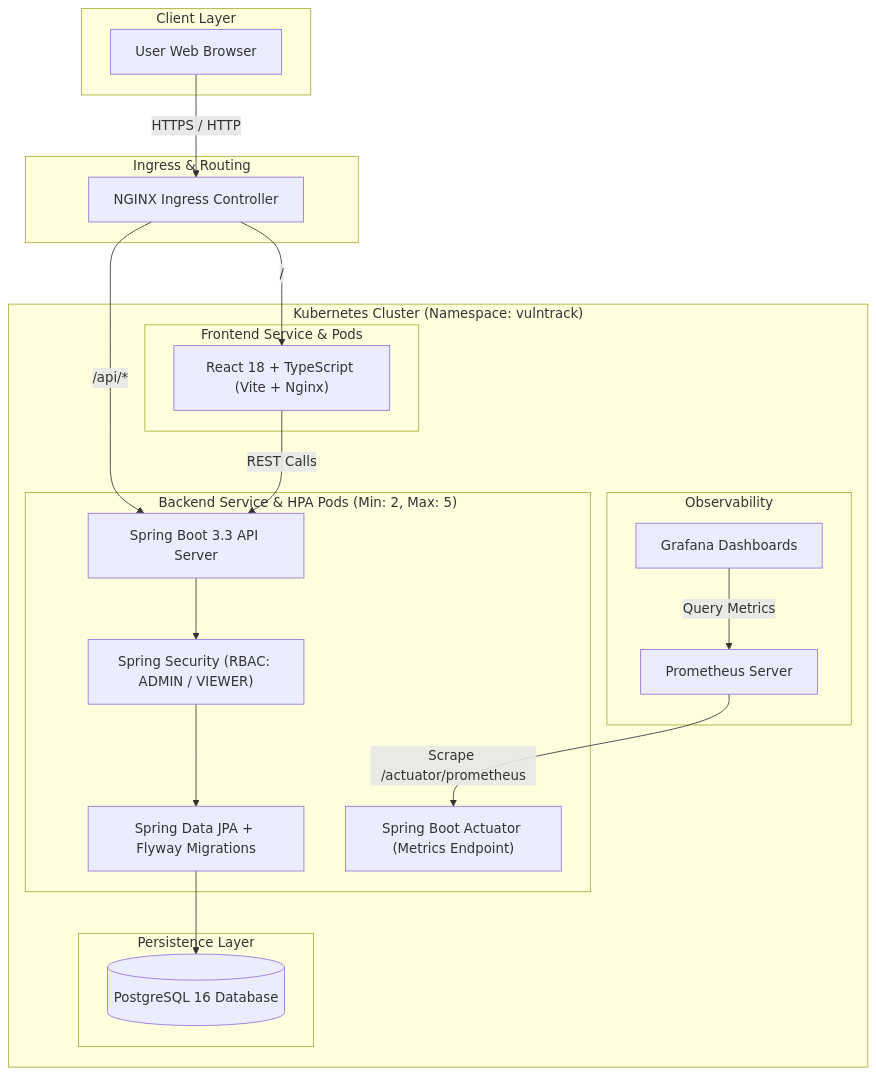
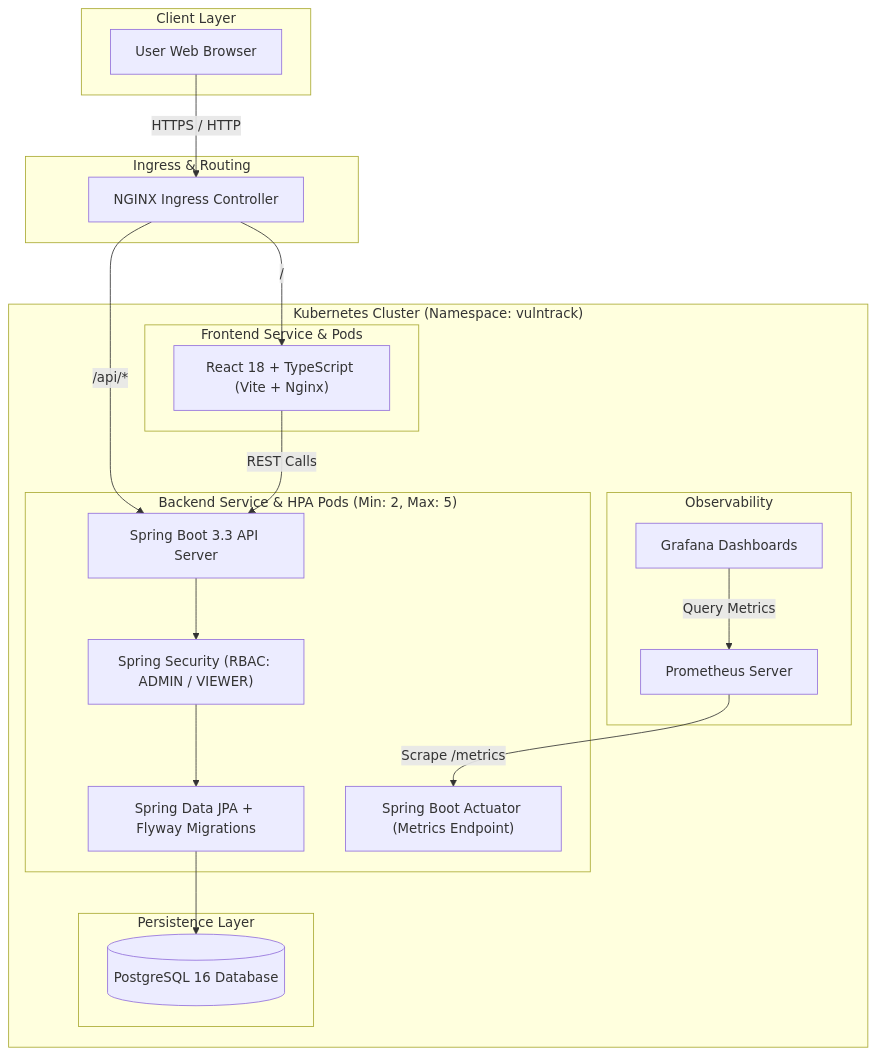
One commit to DRAGHIT/devsecops-vulntrack changed the diagram in README.md. Above: the diagram before and after it, drawn with Mermaid. The commit also changed other lines of this file and 15 other files, not shown here.

````diff
--- a/README.md
+++ b/README.md
@@ -23,40 +23,40 @@
 ```mermaid
 flowchart TD
     subgraph Client ["Client Layer"]
         Browser["User Web Browser"]
     end
 
     subgraph IngressLayer ["Ingress & Routing"]
         Ingress["NGINX Ingress Controller"]
     end
 
     subgraph K8sCluster ["Kubernetes Cluster (Namespace: vulntrack)"]
         subgraph FrontendPod ["Frontend Service & Pods"]
             UI["React 18 + TypeScript (Vite + Nginx)"]
         end
 
         subgraph BackendPod ["Backend Service & HPA Pods (Min: 2, Max: 5)"]
             API["Spring Boot 3.3 API Server"]
             Sec["Spring Security (RBAC: ADMIN / VIEWER)"]
             JPA["Spring Data JPA + Flyway Migrations"]
             Actuator["Spring Boot Actuator (Metrics Endpoint)"]
         end
 
         subgraph DatabasePod ["Persistence Layer"]
             DB[(PostgreSQL 16 Database)]
         end
 
         subgraph MonitoringStack ["Observability"]
             Prometheus["Prometheus Server"]
             Grafana["Grafana Dashboards"]
         end
     end
 
     Browser -->|HTTPS / HTTP| Ingress
     Ingress -->|/| UI
     Ingress -->|/api/*| API
     UI -->|REST Calls| API
     API --> Sec --> JPA --> DB
-    Prometheus -->|Scrape /actuator/prometheus| Actuator
+    Prometheus -->|Scrape /metrics| Actuator
     Grafana -->|Query Metrics| Prometheus
 ```
````
